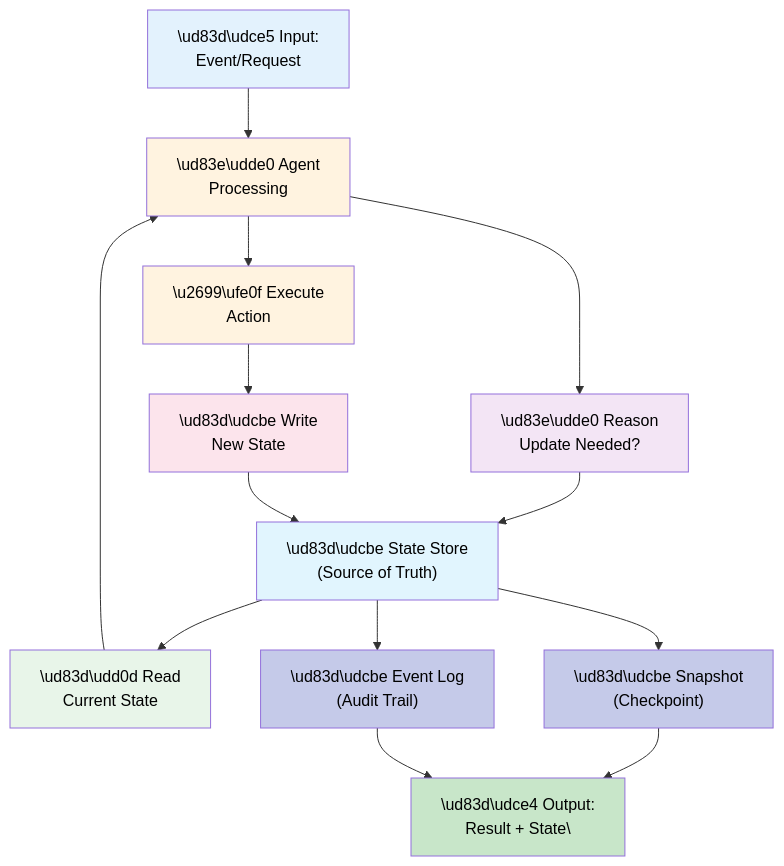
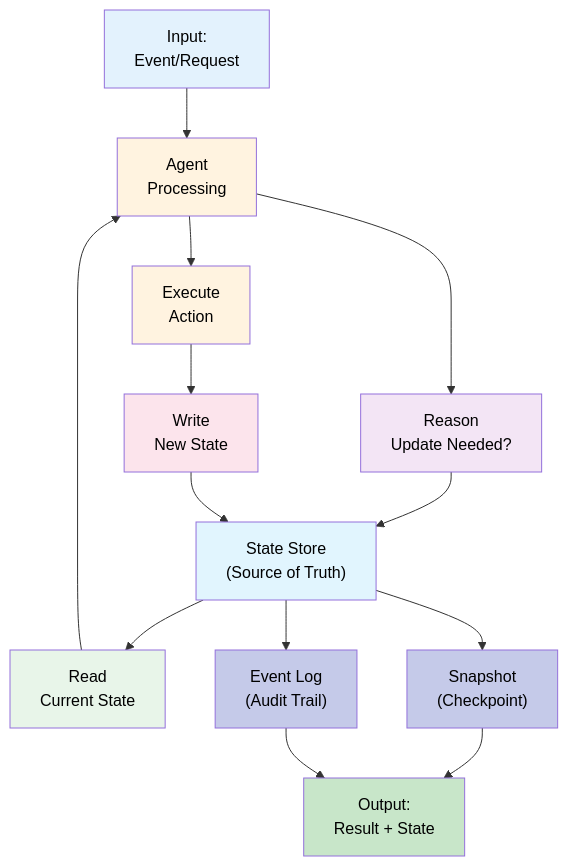
The diagram in docs/11-state-management.md (falila/ai-agent-engineering-playbook), drawn with Mermaid before and after one commit.

Commit message:
fix: remove emoji escape sequences from state management diagram

````diff
--- a/docs/11-state-management.md
+++ b/docs/11-state-management.md
@@ -22,35 +22,35 @@
 ```mermaid
 graph TD
-    Agent["\ud83e\udde0 Agent<br/>Processing"]
+    Agent["Agent<br/>Processing"]
     
-    Input["\ud83d\udce5 Input:<br/>Event/Request"]
+    Input["Input:<br/>Event/Request"]
     
     Input --> Agent
     
-    Agent --> Decide["\ud83e\udde0 Reason<br/>Update Needed?"]
-    Decide --> StateStore["\ud83d\udcbe State Store<br/>(Source of Truth)"]
+    Agent --> Decide["Reason<br/>Update Needed?"]
+    Decide --> StateStore["State Store<br/>(Source of Truth)"]
     
-    StateStore --> Retrieve["\ud83d\udd0d Read<br/>Current State"]
+    StateStore --> Retrieve["Read<br/>Current State"]
     Retrieve --> Agent
     
-    Agent --> Action["\u2699\ufe0f Execute<br/>Action"]
-    Action --> Update["\ud83d\udcbe Write<br/>New State"]
+    Agent --> Action["Execute<br/>Action"]
+    Action --> Update["Write<br/>New State"]
     Update --> StateStore
     
-    StateStore --> Snapshot["\ud83d\udcbe Snapshot<br/>(Checkpoint)"]
-    StateStore --> Journal["\ud83d\udcbe Event Log<br/>(Audit Trail)"]
+    StateStore --> Snapshot["Snapshot<br/>(Checkpoint)"]
+    StateStore --> Journal["Event Log<br/>(Audit Trail)"]
     
-    Snapshot --> Output["\ud83d\udce4 Output:<br/>Result + State\"]
+    Snapshot --> Output["Output:<br/>Result + State"]
     Journal --> Output
     
     style Agent fill:#fff3e0,color:#000000
     style Input fill:#e3f2fd,color:#000000
     style Decide fill:#f3e5f5,color:#000000
     style StateStore fill:#e1f5fe,color:#000000
     style Retrieve fill:#e8f5e9,color:#000000
     style Action fill:#fff3e0,color:#000000
     style Update fill:#fce4ec,color:#000000
     style Snapshot fill:#c5cae9,color:#000000
     style Journal fill:#c5cae9,color:#000000
     style Output fill:#c8e6c9,color:#000000
 ```
````
